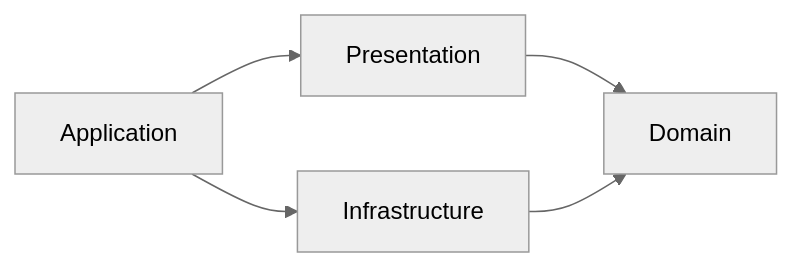
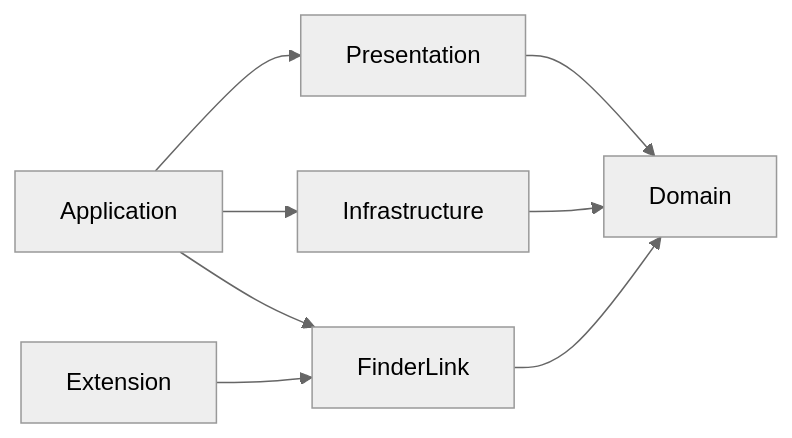
Before and after one commit to luizkowalski/unlocalfs: the diagram in docs/architecture.md, drawn with Mermaid (neutral theme). The commit also changed other lines of this file and 45 other files, not shown here.

````diff
--- a/docs/architecture.md
+++ b/docs/architecture.md
@@ -5,7 +5,10 @@
 ```mermaid
 flowchart LR
     Application --> Presentation
     Application --> Infrastructure
+    Application --> FinderLink
+    Extension --> FinderLink
     Presentation --> Domain
     Infrastructure --> Domain
+    FinderLink --> Domain
 ```
````
